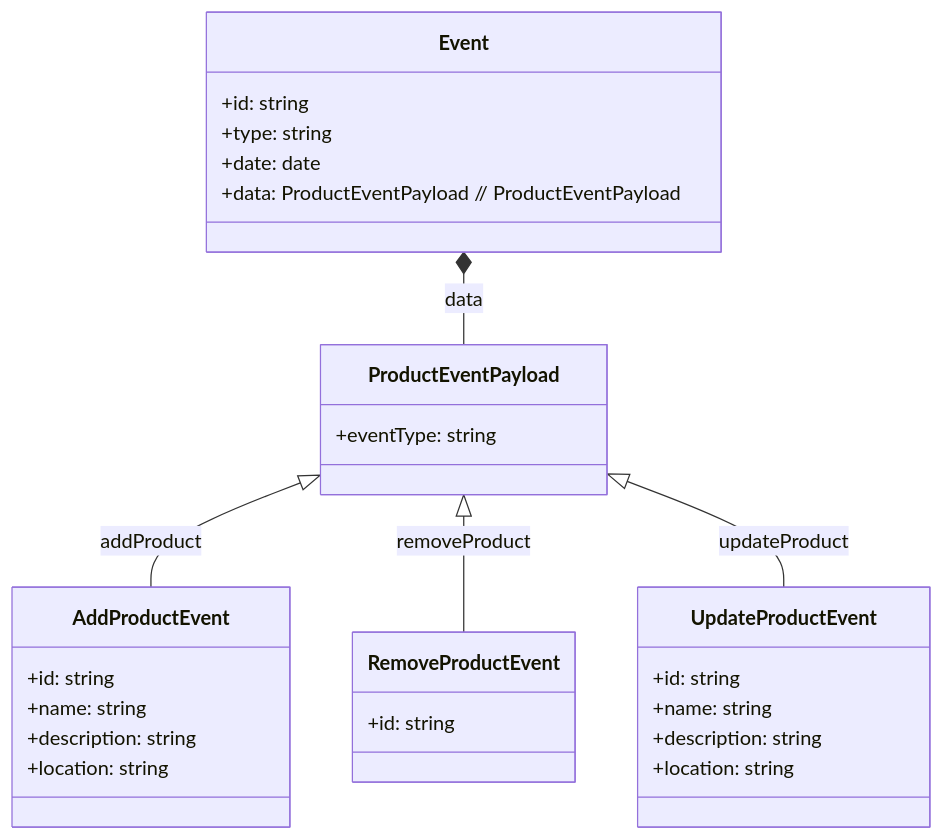
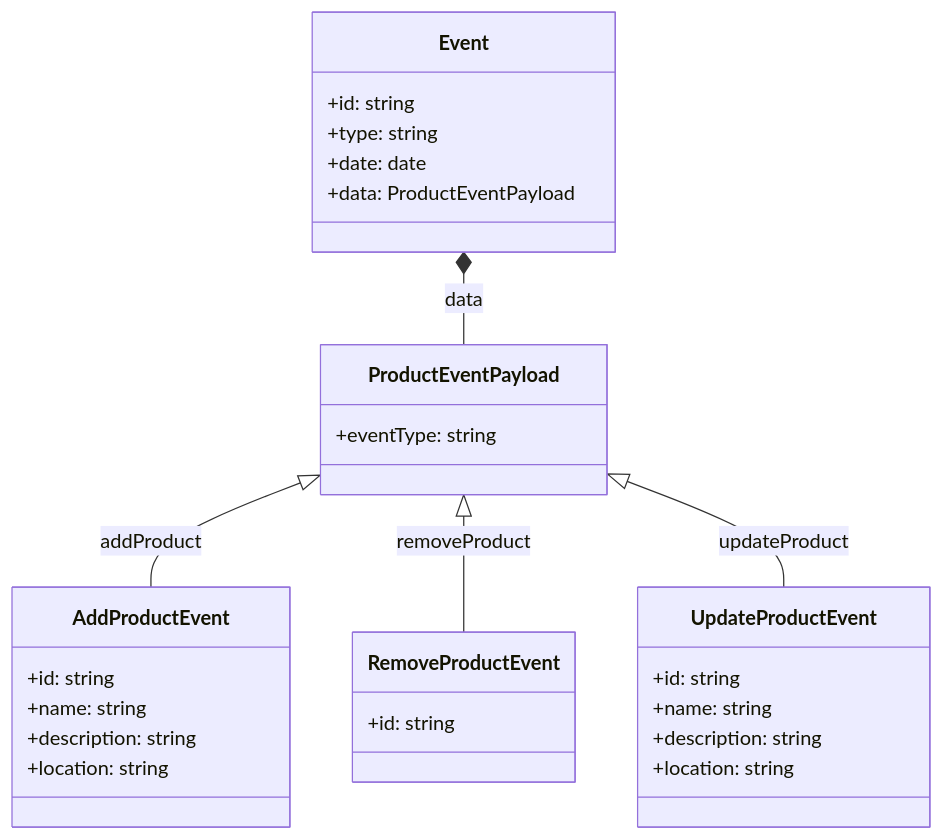
Before and after one commit to kothar/zod-mermaid: diagram 12 of 16 in examples/mermaid-examples.md, drawn with Mermaid. The commit also changed other lines of this file and 6 other files, not shown here.

Commit message:
WIP replacing monkeypatched references on schemas with use of the global metadata registry

````diff
--- a/examples/mermaid-examples.md
+++ b/examples/mermaid-examples.md
@@ -274,31 +274,31 @@
 ```mermaid
 classDiagram
     class Event {
         +id: string
         +type: string
         +date: date
-        +data: ProductEventPayload // ProductEventPayload
+        +data: ProductEventPayload
     }
     class ProductEventPayload {
         +eventType: string
     }
     class AddProductEvent {
         +id: string
         +name: string
         +description: string
         +location: string
     }
     class RemoveProductEvent {
         +id: string
     }
     class UpdateProductEvent {
         +id: string
         +name: string
         +description: string
         +location: string
     }
     Event *-- ProductEventPayload : data
     ProductEventPayload <|-- AddProductEvent : addProduct
     ProductEventPayload <|-- RemoveProductEvent : removeProduct
     ProductEventPayload <|-- UpdateProductEvent : updateProduct
 ```
````
